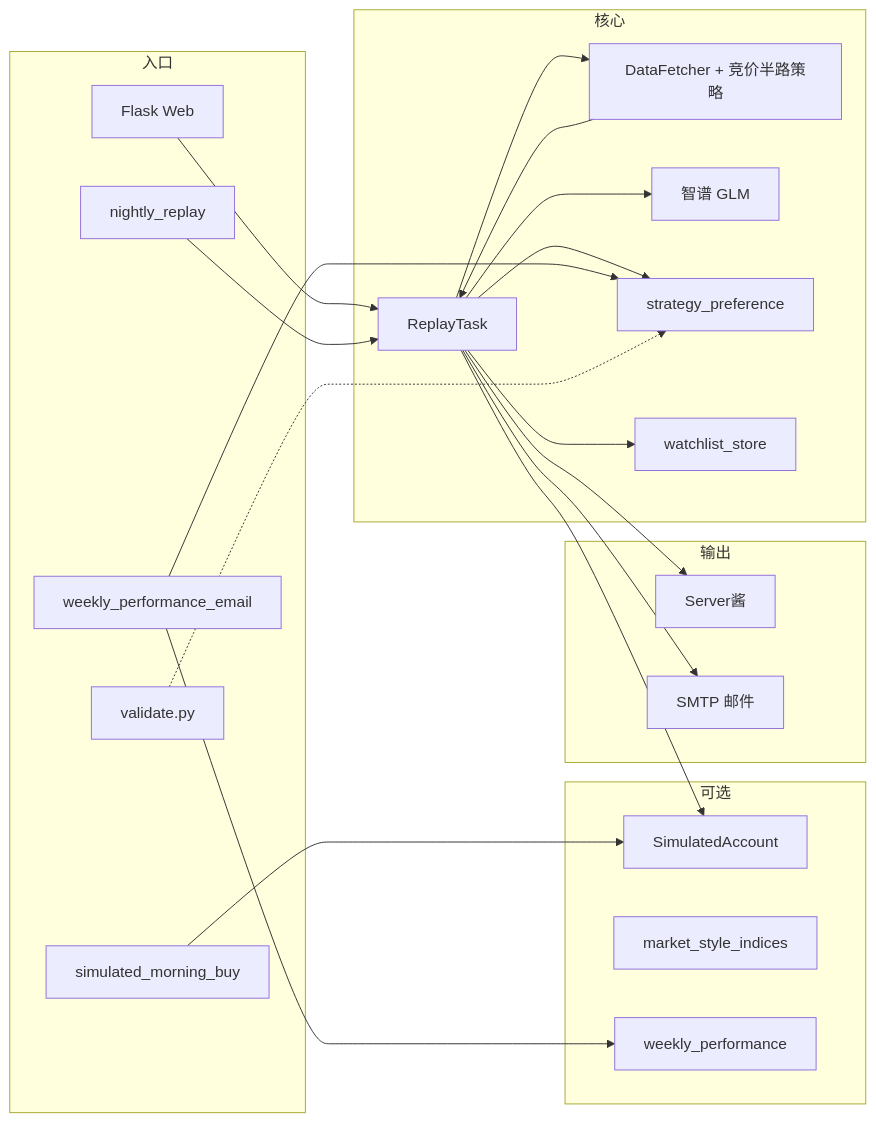
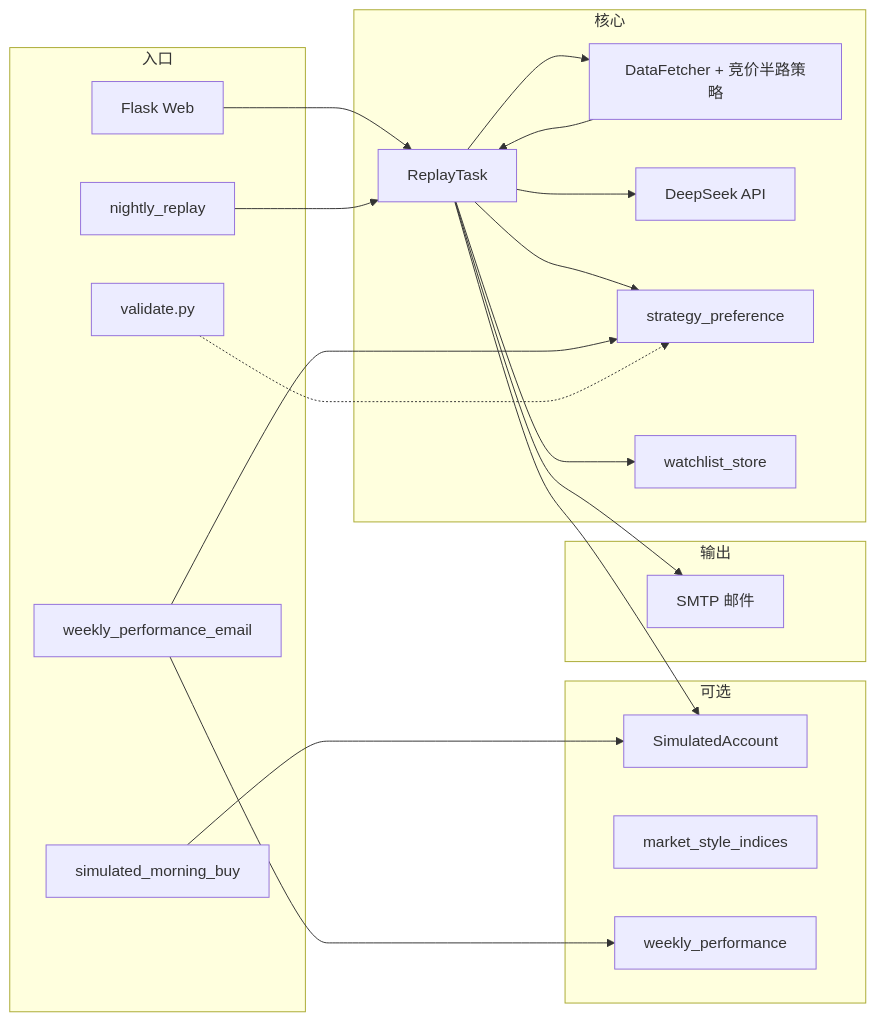
One commit to doubiaaa/PythonProject1 changed the diagram in ARCHITECTURE.md. Above: the diagram before and after it, drawn with Mermaid. The commit also changed other lines of this file and 18 other files, not shown here.

First line of the commit message:
Remove Zhipu/智谱: DeepSeek-only LLM, delete zhipu_client

````diff
--- a/ARCHITECTURE.md
+++ b/ARCHITECTURE.md
@@ -80,44 +80,42 @@
 ```mermaid
 flowchart LR
     subgraph in["入口"]
         W[Flask Web]
         N[nightly_replay]
         P[weekly_performance_email]
         M[simulated_morning_buy]
         V[validate.py]
     end
 
     subgraph core["核心"]
         DF[DataFetcher + 竞价半路策略]
         RT[ReplayTask]
-        GLM[智谱 GLM]
+        DS[DeepSeek API]
         SP[strategy_preference]
         WL[watchlist_store]
     end
 
     subgraph opt["可选"]
         SIM[SimulatedAccount]
         MSI[market_style_indices]
         WP[weekly_performance]
     end
 
     subgraph out["输出"]
-        SC[Server酱]
         EM[SMTP 邮件]
     end
 
     W --> RT
     N --> RT
     RT --> DF
     DF --> RT
-    RT --> GLM
+    RT --> DS
     RT --> WL
     RT --> SP
     RT --> SIM
-    RT --> SC
     RT --> EM
     P --> WP
     P --> SP
     M --> SIM
     V -.-> SP
 ```
````
